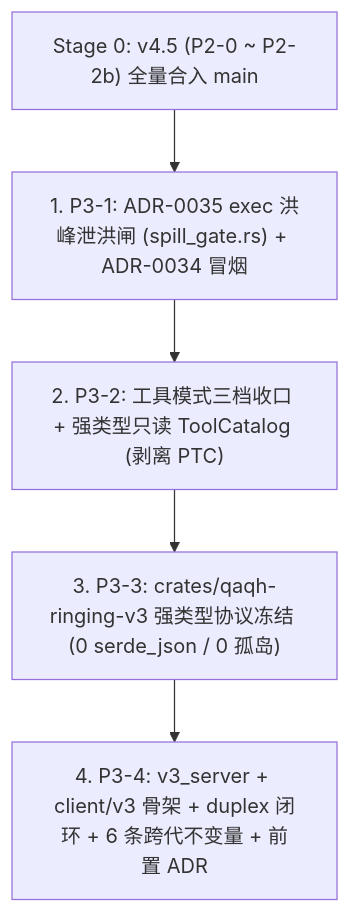
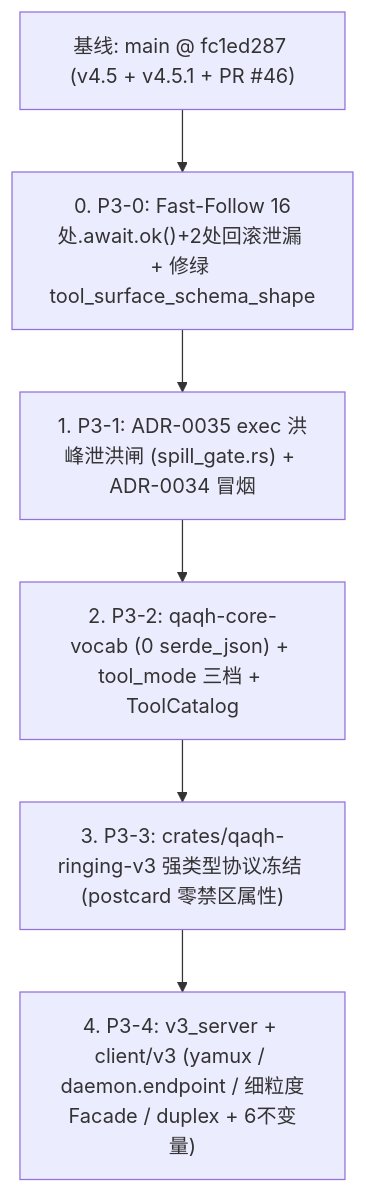
The diagram in docs/v4.3-4.8/V4_6_EXECUTION_PLAN.md (QAQTam/qaqh-backend), drawn with Mermaid before and after one commit. The commit also changed other lines of this file and 4 other files, not shown here.

Commit message:
[doc][v4.6] 定案决策包、升级 ADR-0042 r3 并同步 v4.6 全量施工卡与 Fast-Follow 精确行号

````diff
--- a/docs/v4.3-4.8/V4_6_EXECUTION_PLAN.md
+++ b/docs/v4.3-4.8/V4_6_EXECUTION_PLAN.md
@@ -29,7 +31,8 @@
 ```mermaid
 flowchart TD
-    S0["Stage 0: v4.5 (P2-0 ~ P2-2b) 全量合入 main"] --> P31["1. P3-1: ADR-0035 exec 洪峰泄洪闸 (spill_gate.rs) + ADR-0034 冒烟"]
-    P31 --> P32["2. P3-2: 工具模式三档收口 + 强类型只读 ToolCatalog (剥离 PTC)"]
-    P32 --> P33["3. P3-3: crates/qaqh-ringing-v3 强类型协议冻结 (0 serde_json / 0 孤岛)"]
-    P33 --> P34["4. P3-4: v3_server + client/v3 骨架 + duplex 闭环 + 6 条跨代不变量 + 前置 ADR"]
+    S0["基线: main @ fc1ed287 (v4.5 + v4.5.1 + PR #46)"] --> P30["0. P3-0: Fast-Follow 16处.await.ok()+2处回滚泄漏 + 修绿 tool_surface_schema_shape"]
+    P30 --> P31["1. P3-1: ADR-0035 exec 洪峰泄洪闸 (spill_gate.rs) + ADR-0034 冒烟"]
+    P31 --> P32["2. P3-2: qaqh-core-vocab (0 serde_json) + tool_mode 三档 + ToolCatalog"]
+    P32 --> P33["3. P3-3: crates/qaqh-ringing-v3 强类型协议冻结 (postcard 零禁区属性)"]
+    P33 --> P34["4. P3-4: v3_server + client/v3 (yamux / daemon.endpoint / 细粒度Facade / duplex + 6不变量)"]
 ```
````
